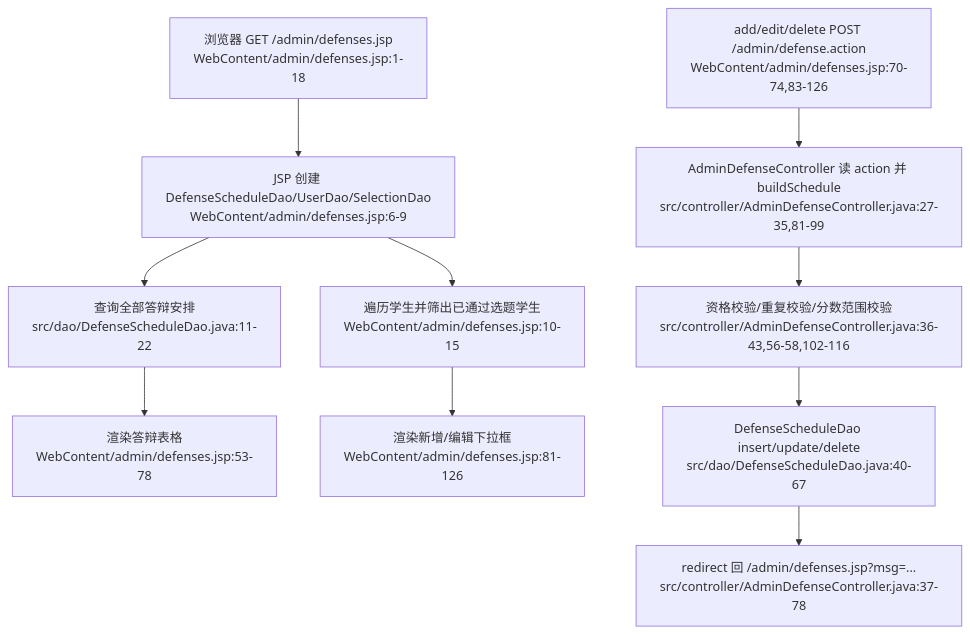
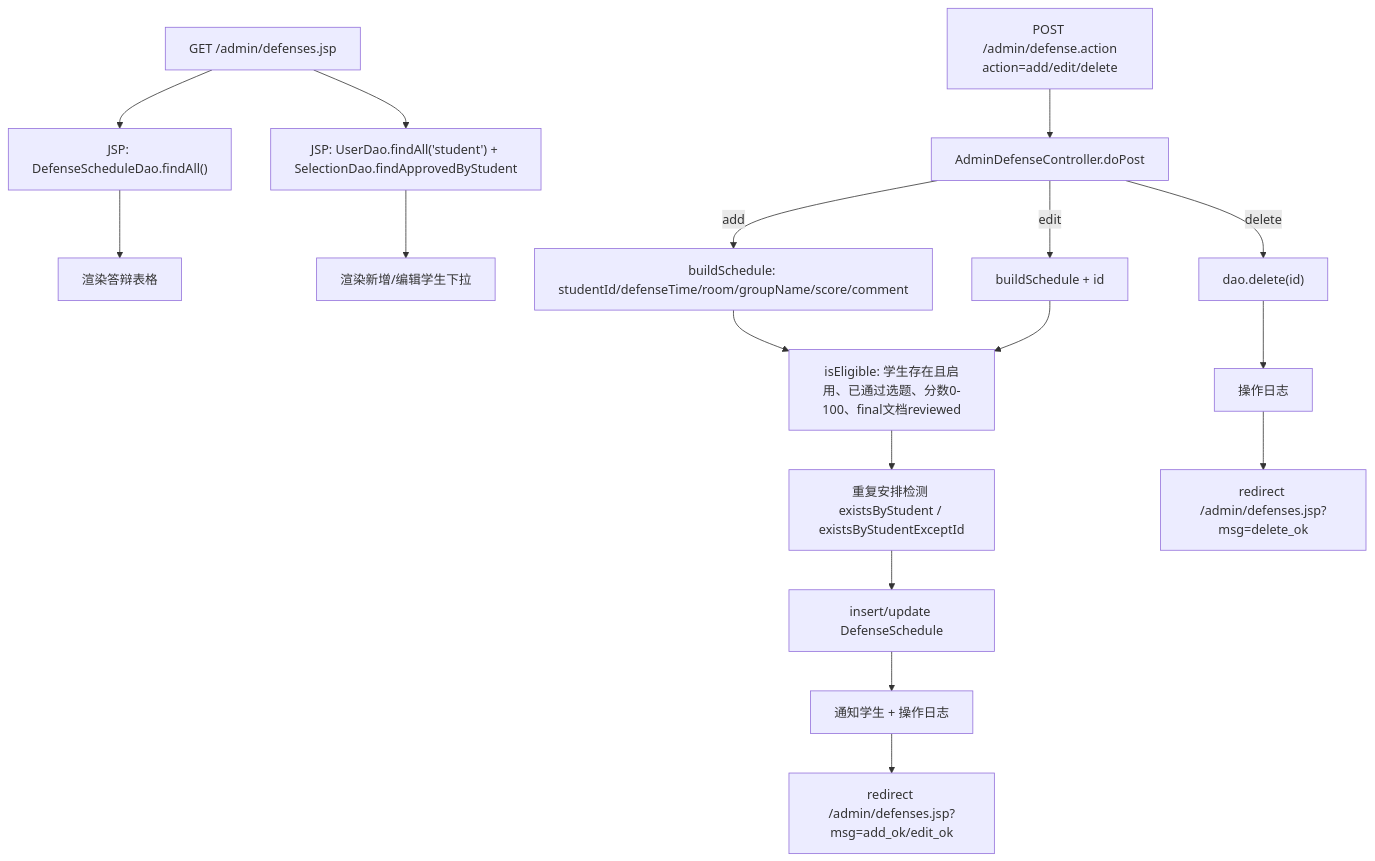
The fifth of 10 diagrams in docs/网络数据流详解/parts/04-admin-flows.md (guangxiangdebizi/graduation-design-management-system), drawn with Mermaid before and after one commit. The commit also changed other lines of this file and 8 other files, not shown here.

First line of the commit message:
refactor project documentation and enhance network data flow details

````diff
--- a/docs/网络数据流详解/parts/04-admin-flows.md
+++ b/docs/网络数据流详解/parts/04-admin-flows.md
@@ -211,12 +209,19 @@
 ```mermaid
 flowchart TD
-  A["浏览器 GET /admin/defenses.jsp<br/>WebContent/admin/defenses.jsp:1-18"] --> B["JSP 创建 DefenseScheduleDao/UserDao/SelectionDao<br/>WebContent/admin/defenses.jsp:6-9"]
-  B --> C["查询全部答辩安排<br/>src/dao/DefenseScheduleDao.java:11-22"]
-  B --> D["遍历学生并筛出已通过选题学生<br/>WebContent/admin/defenses.jsp:10-15"]
-  C --> E["渲染答辩表格<br/>WebContent/admin/defenses.jsp:53-78"]
-  D --> F["渲染新增/编辑下拉框<br/>WebContent/admin/defenses.jsp:81-126"]
-  G["add/edit/delete POST /admin/defense.action<br/>WebContent/admin/defenses.jsp:70-74,83-126"] --> H["AdminDefenseController 读 action 并 buildSchedule<br/>src/controller/AdminDefenseController.java:27-35,81-99"]
-  H --> I["资格校验/重复校验/分数范围校验<br/>src/controller/AdminDefenseController.java:36-43,56-58,102-116"]
-  I --> J["DefenseScheduleDao insert/update/delete<br/>src/dao/DefenseScheduleDao.java:40-67"]
-  J --> K["redirect 回 /admin/defenses.jsp?msg=...<br/>src/controller/AdminDefenseController.java:37-78"]
+  A["GET /admin/defenses.jsp"] --> B["JSP: DefenseScheduleDao.findAll()"]
+  A --> C["JSP: UserDao.findAll('student') + SelectionDao.findApprovedByStudent"]
+  B --> D["渲染答辩表格"]
+  C --> E["渲染新增/编辑学生下拉"]
+  F["POST /admin/defense.action<br/>action=add/edit/delete"] --> G["AdminDefenseController.doPost"]
+  G -->|add| H["buildSchedule: studentId/defenseTime/room/groupName/score/comment"]
+  G -->|edit| I["buildSchedule + id"]
+  G -->|delete| J["dao.delete(id)"]
+  H --> K["isEligible: 学生存在且启用、已通过选题、分数0-100、final文档reviewed"]
+  I --> K
+  K --> L["重复安排检测 existsByStudent / existsByStudentExceptId"]
+  L --> M["insert/update DefenseSchedule"]
+  M --> N["通知学生 + 操作日志"]
+  J --> O["操作日志"]
+  N --> P["redirect /admin/defenses.jsp?msg=add_ok/edit_ok"]
+  O --> Q["redirect /admin/defenses.jsp?msg=delete_ok"]
 ```
````
